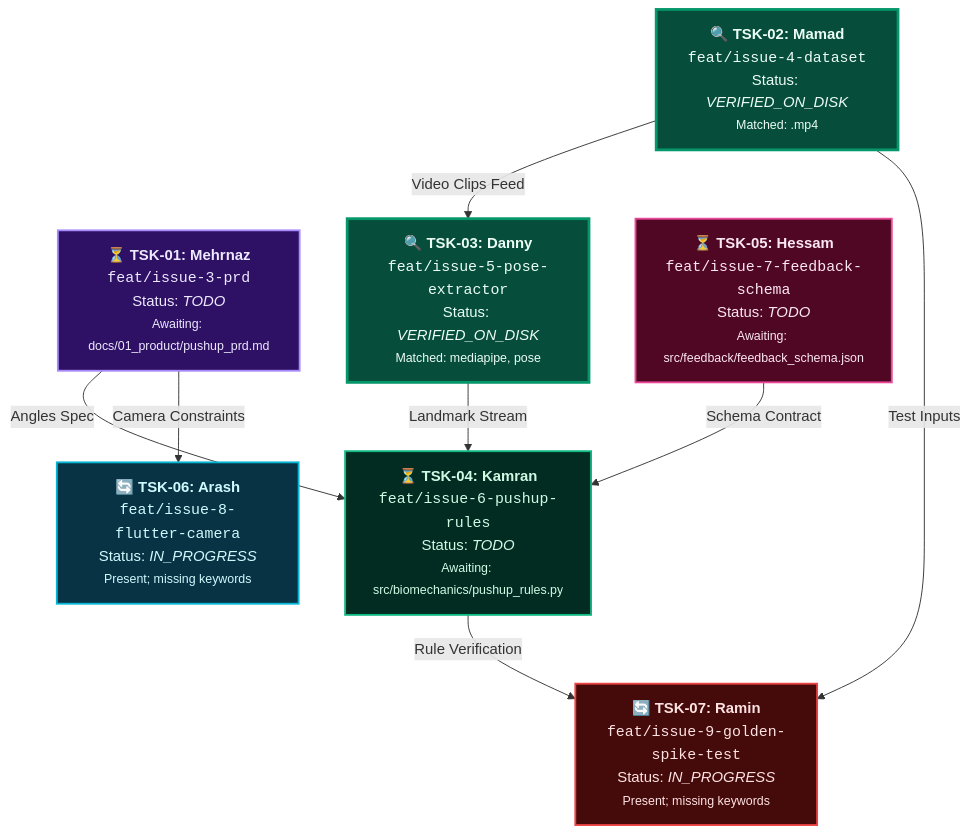
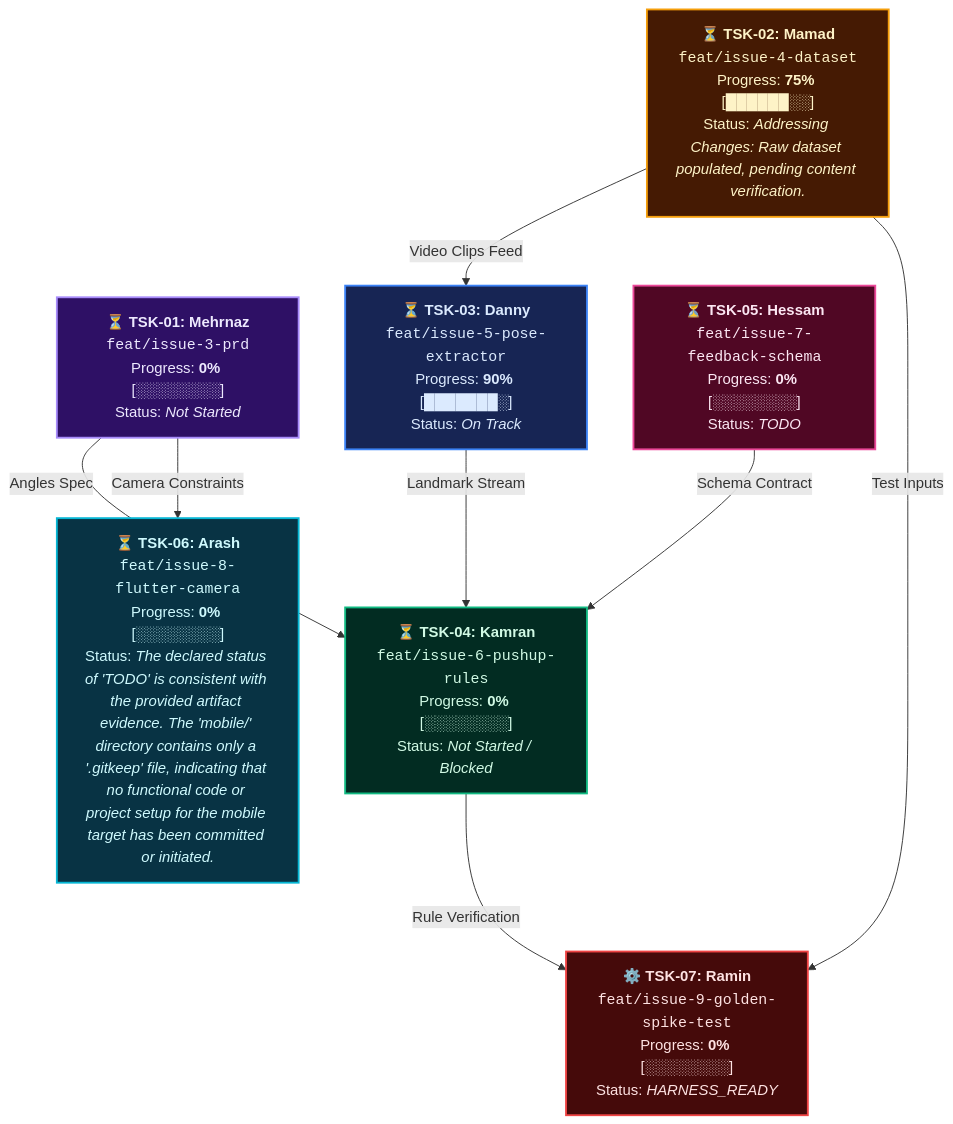
The diagram in docs/07_architecture/workflow_map.md (Calis-project/Calis-app), drawn with Mermaid before and after one commit. The commit also changed other lines of this file and 3 other files, not shown here.

````diff
--- a/docs/07_architecture/workflow_map.md
+++ b/docs/07_architecture/workflow_map.md
@@ -5,40 +5,40 @@
 ```mermaid
 graph TD
-    %% Global Node Styles
+    %% Styles
     classDef style_Mehrnaz fill:#2E1065,stroke:#A78BFA,stroke-width:2px,color:#EDE9FE;
     classDef style_Mamad fill:#451A03,stroke:#F59E0B,stroke-width:2px,color:#FEF3C7;
     classDef style_Danny fill:#172554,stroke:#3B82F6,stroke-width:2px,color:#DBEAFE;
     classDef style_Kamran fill:#022C22,stroke:#10B981,stroke-width:2px,color:#D1FAE5;
     classDef style_Hessam fill:#500724,stroke:#EC4899,stroke-width:2px,color:#FCE7F3;
     classDef style_Arash fill:#083344,stroke:#06B6D4,stroke-width:2px,color:#CFFAFE;
     classDef style_Ramin fill:#450A0A,stroke:#EF4444,stroke-width:2px,color:#FEE2E2;
     classDef blockedNode fill:#7F1D1D,stroke:#DC2626,stroke-width:3px,color:#FEE2E2,stroke-dasharray: 5 5;
     classDef verifiedNode fill:#064E3B,stroke:#059669,stroke-width:3px,color:#ECFDF5;
 
-    %% Automated Task States
-    TSK_01["⏳ <b>TSK-01: Mehrnaz</b><br/><code>feat/issue-3-prd</code><br/>Status: <i>TODO</i><br/><small>Awaiting: docs/01_product/pushup_prd.md</small>"]
-    TSK_02["🔍 <b>TSK-02: Mamad</b><br/><code>feat/issue-4-dataset</code><br/>Status: <i>VERIFIED_ON_DISK</i><br/><small>Matched: .mp4</small>"]
-    TSK_03["🔍 <b>TSK-03: Danny</b><br/><code>feat/issue-5-pose-extractor</code><br/>Status: <i>VERIFIED_ON_DISK</i><br/><small>Matched: mediapipe, pose</small>"]
-    TSK_04["⏳ <b>TSK-04: Kamran</b><br/><code>feat/issue-6-pushup-rules</code><br/>Status: <i>TODO</i><br/><small>Awaiting: src/biomechanics/pushup_rules.py</small>"]
-    TSK_05["⏳ <b>TSK-05: Hessam</b><br/><code>feat/issue-7-feedback-schema</code><br/>Status: <i>TODO</i><br/><small>Awaiting: src/feedback/feedback_schema.json</small>"]
-    TSK_06["🔄 <b>TSK-06: Arash</b><br/><code>feat/issue-8-flutter-camera</code><br/>Status: <i>IN_PROGRESS</i><br/><small>Present; missing keywords</small>"]
-    TSK_07["🔄 <b>TSK-07: Ramin</b><br/><code>feat/issue-9-golden-spike-test</code><br/>Status: <i>IN_PROGRESS</i><br/><small>Present; missing keywords</small>"]
+    %% Tasks
+    TSK_01["⏳ <b>TSK-01: Mehrnaz</b><br/><code>feat/issue-3-prd</code><br/>Progress: <b>0%</b> [░░░░░░░░]<br/>Status: <i>Not Started</i>"]
+    TSK_02["⏳ <b>TSK-02: Mamad</b><br/><code>feat/issue-4-dataset</code><br/>Progress: <b>75%</b> [██████░░]<br/>Status: <i>Addressing Changes: Raw dataset populated, pending content verification.</i>"]
+    TSK_03["⏳ <b>TSK-03: Danny</b><br/><code>feat/issue-5-pose-extractor</code><br/>Progress: <b>90%</b> [███████░]<br/>Status: <i>On Track</i>"]
+    TSK_04["⏳ <b>TSK-04: Kamran</b><br/><code>feat/issue-6-pushup-rules</code><br/>Progress: <b>0%</b> [░░░░░░░░]<br/>Status: <i>Not Started / Blocked</i>"]
+    TSK_05["⏳ <b>TSK-05: Hessam</b><br/><code>feat/issue-7-feedback-schema</code><br/>Progress: <b>0%</b> [░░░░░░░░]<br/>Status: <i>TODO</i>"]
+    TSK_06["⏳ <b>TSK-06: Arash</b><br/><code>feat/issue-8-flutter-camera</code><br/>Progress: <b>0%</b> [░░░░░░░░]<br/>Status: <i>The declared status of 'TODO' is consistent with the provided artifact evidence. The 'mobile/' directory contains only a '.gitkeep' file, indicating that no functional code or project setup for the mobile target has been committed or initiated.</i>"]
+    TSK_07["⚙️ <b>TSK-07: Ramin</b><br/><code>feat/issue-9-golden-spike-test</code><br/>Progress: <b>0%</b> [░░░░░░░░]<br/>Status: <i>HARNESS_READY</i>"]
 
-    %% Pipeline Sequence & Dependencies
+    %% Pipeline Sequence
     TSK_01 -->|Angles Spec| TSK_04
     TSK_01 -->|Camera Constraints| TSK_06
     TSK_02 -->|Video Clips Feed| TSK_03
     TSK_03 -->|Landmark Stream| TSK_04
     TSK_05 -->|Schema Contract| TSK_04
     TSK_04 -->|Rule Verification| TSK_07
     TSK_02 -->|Test Inputs| TSK_07
 
-    %% Styling Assignments
+    %% Classes
     class TSK_01 style_Mehrnaz;
-    class TSK_02 verifiedNode;
-    class TSK_03 verifiedNode;
+    class TSK_02 style_Mamad;
+    class TSK_03 style_Danny;
     class TSK_04 style_Kamran;
     class TSK_05 style_Hessam;
     class TSK_06 style_Arash;
     class TSK_07 style_Ramin;
 ```
````
